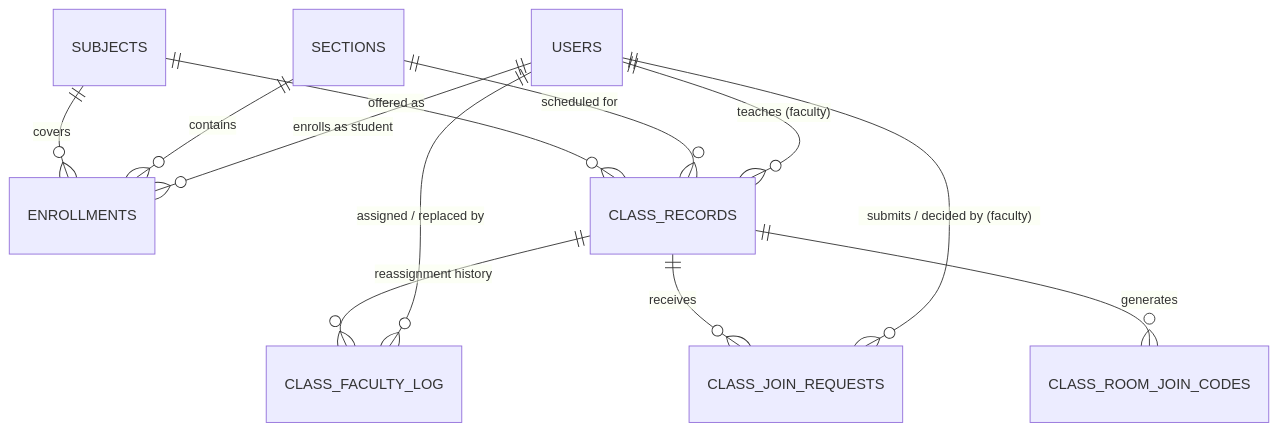
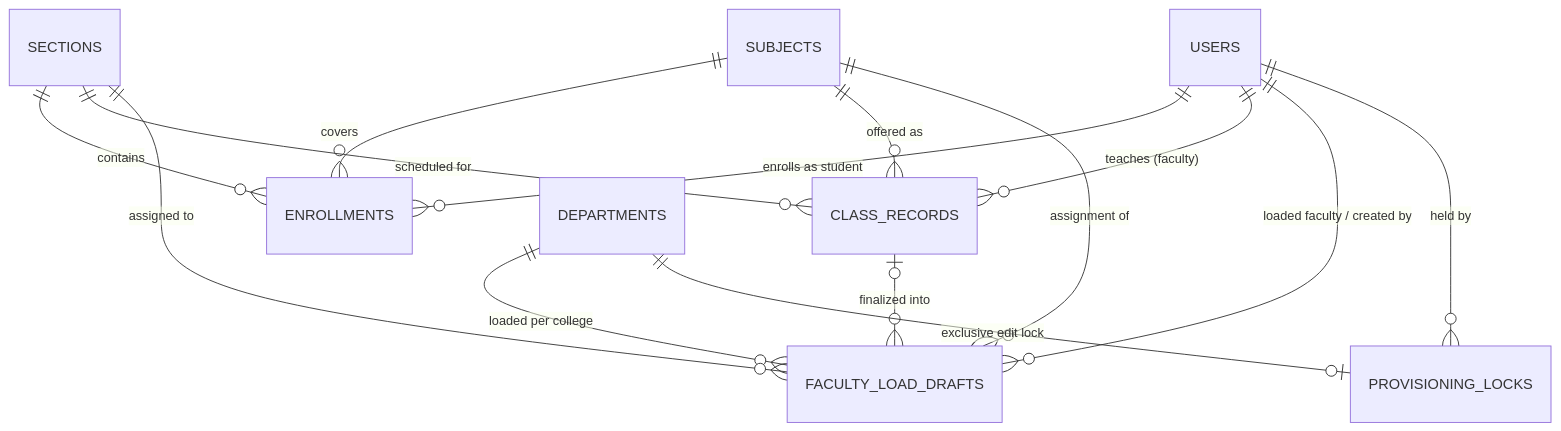
One commit to kurarensu16/sage changed the diagram in docs/02-thesis/figures/Figure-2.14-ERD-Layer2.mmd. Above: the diagram before and after it, drawn with Mermaid. The commit also changed 268 other files, not shown here.

```diff
--- a/docs/02-thesis/figures/Figure-2.14-ERD-Layer2.mmd
+++ b/docs/02-thesis/figures/Figure-2.14-ERD-Layer2.mmd
@@ -1,16 +1,22 @@
 erDiagram
-%% ===== Figure 2.14 — ERD Layer 2: Enrollment & Classroom Setup (rebuilt 2026-10-10) =====
-%% Rebuilt from the original figure with the same entities and relationships. Change: the
-%% USERS–CLASS_JOIN_REQUESTS link now reads "submits / decided by (faculty)", since each request
-%% records the instructor who approved or rejected it (decided_by, migration 20261010150000).
+%% ===== Figure 2.14 — ERD Layer 2: Enrollment & Classroom Setup (updated 2026-10-30) =====
+%% Rebuilt against the live schema. Three entities were removed because the tables no longer
+%% exist, and two were added for the loading workflow that replaced them:
+%%   CLASS_ROOM_JOIN_CODES, CLASS_JOIN_REQUESTS  dropped 2026-10-30 (20261030140129_schema_cleanup)
+%%   CLASS_FACULTY_LOG                           dropped 2026-10-14 (20261014150000)
+%%   FACULTY_LOAD_DRAFTS, PROVISIONING_LOCKS     added  2026-10-29 (20261029093613)
+%% Irregular students are now added straight onto a class roster by the Registrar or Dean, so
+%% the join-code request path this layer used to show has no counterpart in the system.
     USERS ||--o{ ENROLLMENTS : "enrolls as student"
     SECTIONS ||--o{ ENROLLMENTS : "contains"
     SUBJECTS ||--o{ ENROLLMENTS : "covers"
     USERS ||--o{ CLASS_RECORDS : "teaches (faculty)"
     SECTIONS ||--o{ CLASS_RECORDS : "scheduled for"
     SUBJECTS ||--o{ CLASS_RECORDS : "offered as"
-    USERS ||--o{ CLASS_FACULTY_LOG : "assigned / replaced by"
-    CLASS_RECORDS ||--o{ CLASS_FACULTY_LOG : "reassignment history"
-    USERS ||--o{ CLASS_JOIN_REQUESTS : "submits / decided by (faculty)"
-    CLASS_RECORDS ||--o{ CLASS_JOIN_REQUESTS : "receives"
-    CLASS_RECORDS ||--o{ CLASS_ROOM_JOIN_CODES : "generates"
+    DEPARTMENTS ||--o{ FACULTY_LOAD_DRAFTS : "loaded per college"
+    SUBJECTS ||--o{ FACULTY_LOAD_DRAFTS : "assignment of"
+    SECTIONS ||--o{ FACULTY_LOAD_DRAFTS : "assigned to"
+    USERS ||--o{ FACULTY_LOAD_DRAFTS : "loaded faculty / created by"
+    CLASS_RECORDS |o--o{ FACULTY_LOAD_DRAFTS : "finalized into"
+    DEPARTMENTS ||--o| PROVISIONING_LOCKS : "exclusive edit lock"
+    USERS ||--o{ PROVISIONING_LOCKS : "held by"
```
